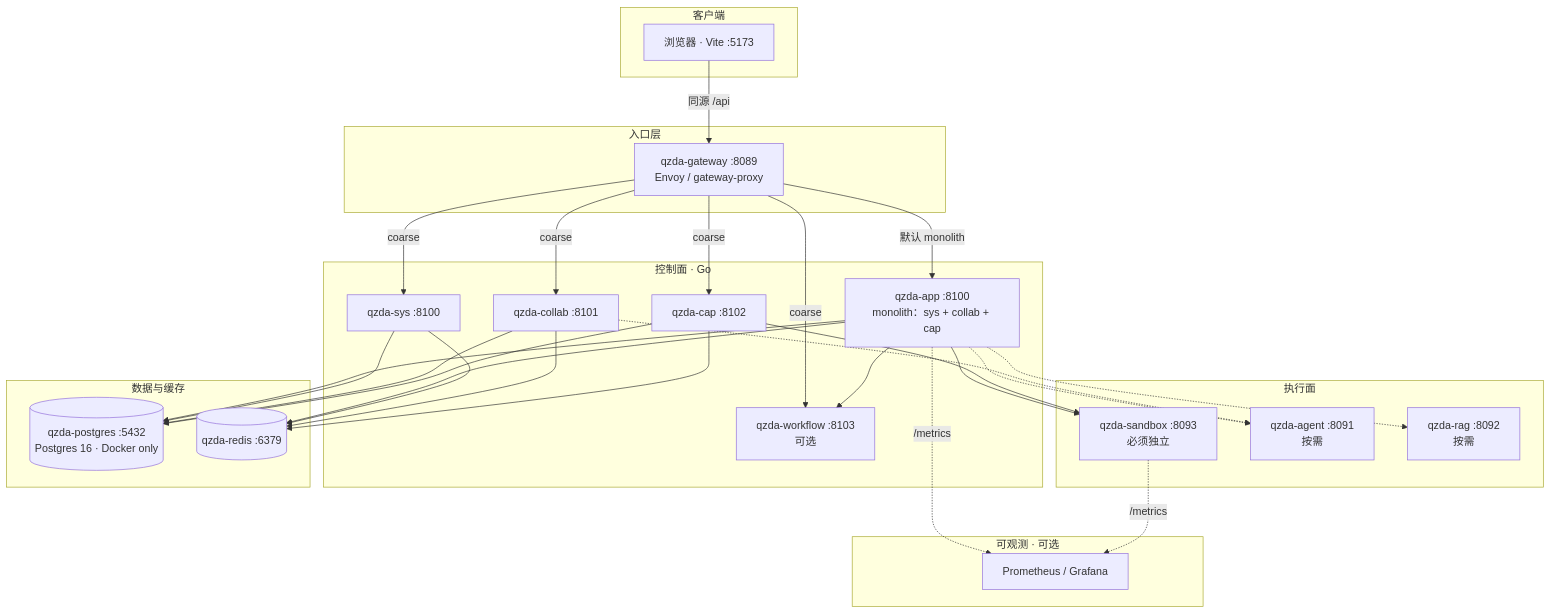
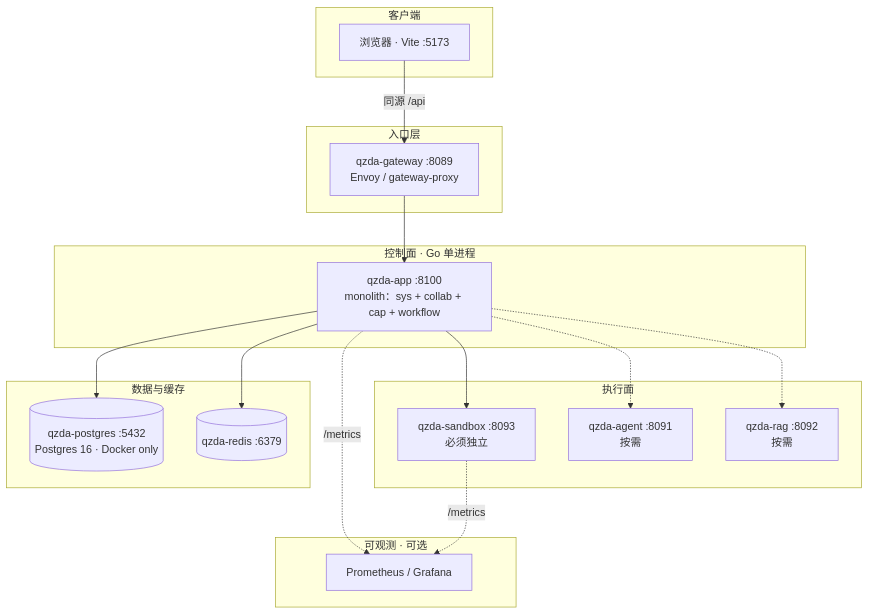
The second of 5 diagrams in README.md (Lianjifu/QiZhiDaPartnerPlatform), drawn with Mermaid before and after one commit. The commit also changed other lines of this file and 131 other files, not shown here.

First line of the commit message:
refactor(monolith): M10 — collapse qzda-{sys,collab,cap,workflow,audit,policy} into qzda-app

````diff
--- a/README.md
+++ b/README.md
@@ -317,47 +317,39 @@
 ```mermaid
 flowchart TB
   subgraph Client["客户端"]
     Browser["浏览器 · Vite :5173"]
   end
 
   subgraph Edge["入口层"]
     GW["qzda-gateway :8089<br/>Envoy / gateway-proxy"]
   end
 
-  subgraph Control["控制面 · Go"]
-    APP["qzda-app :8100<br/>monolith：sys + collab + cap"]
-    SYS["qzda-sys :8100"]
-    COL["qzda-collab :8101"]
-    CAP["qzda-cap :8102"]
-    WF["qzda-workflow :8103<br/>可选"]
+  subgraph Control["控制面 · Go 单进程"]
+    APP["qzda-app :8100<br/>monolith：sys + collab + cap + workflow"]
   end
 
   subgraph Exec["执行面"]
     SK["qzda-sandbox :8093<br/>必须独立"]
     AG["qzda-agent :8091<br/>按需"]
     RAG["qzda-rag :8092<br/>按需"]
   end
 
   subgraph Data["数据与缓存"]
     PG[("qzda-postgres :5432<br/>Postgres 16 · Docker only")]
     RD[("qzda-redis :6379")]
   end
 
   subgraph Obs["可观测 · 可选"]
     PROM[Prometheus / Grafana]
   end
 
   Browser -->|"同源 /api"| GW
-  GW -->|"默认 monolith"| APP
-  GW -->|"coarse"| SYS & COL & CAP & WF
+  GW --> APP
 
   APP --> SK
   APP -.-> AG & RAG
-  APP --> WF
-  CAP --> SK
-  COL -.-> AG
 
-  APP & SYS & COL & CAP --> PG
-  APP & SYS & COL & CAP --> RD
+  APP --> PG
+  APP --> RD
   APP & SK -.->|"/metrics"| PROM
 ```
````
